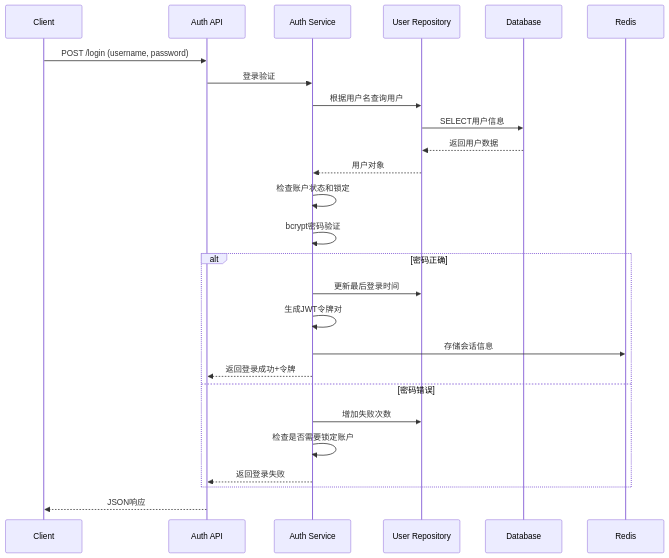
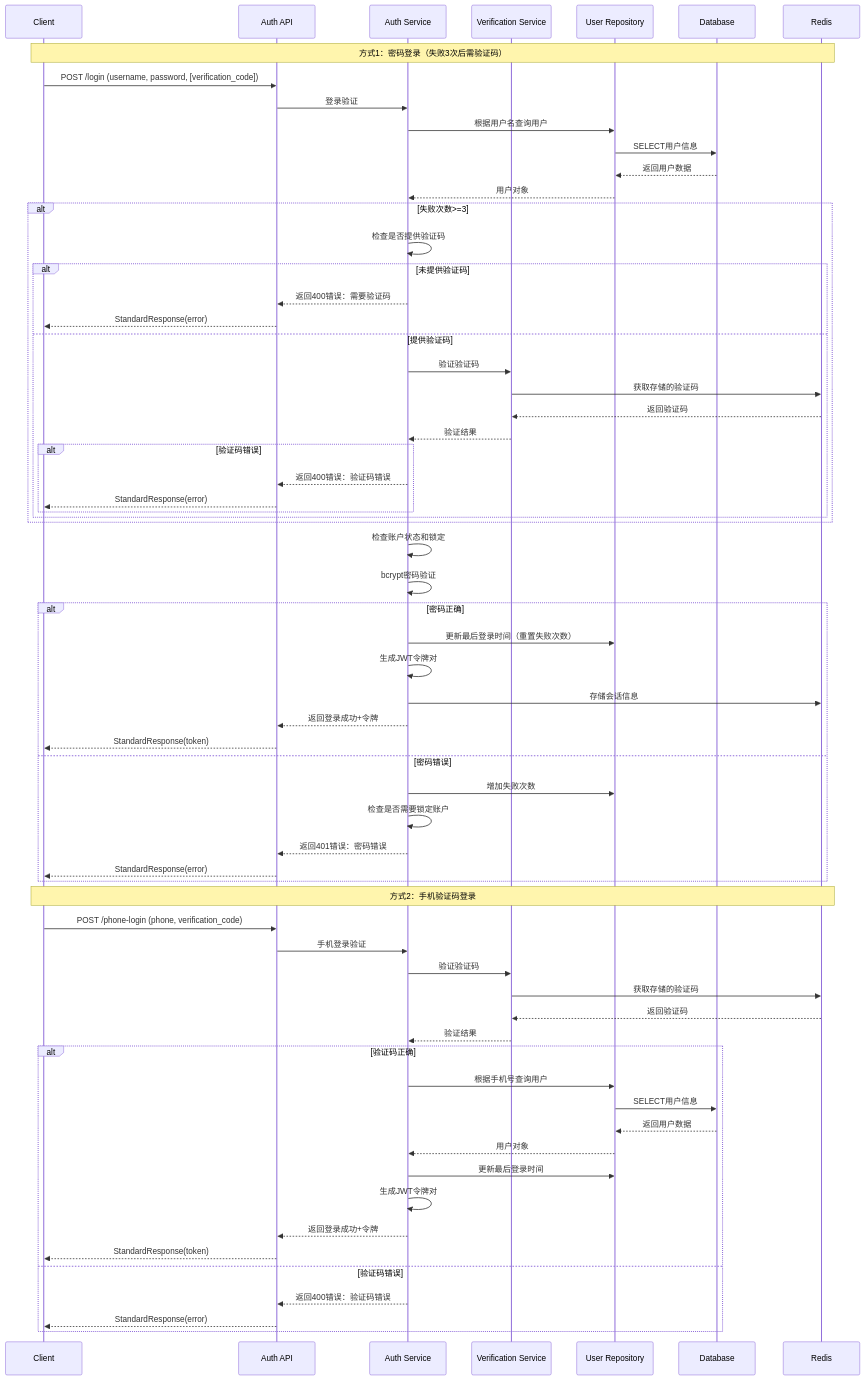
One commit to HaoranTong/ecommerce_platform changed the third of 5 diagrams in docs/design/modules/user-auth/design.md. Above: the diagram before and after it, drawn with Mermaid. The commit also changed other lines of this file and 13 other files, not shown here.

````diff
--- a/docs/design/modules/user-auth/design.md
+++ b/docs/design/modules/user-auth/design.md
@@ -289,29 +547,71 @@
 ```mermaid
 sequenceDiagram
     participant C as Client
     participant A as Auth API
     participant S as Auth Service
+    participant V as Verification Service
     participant R as User Repository
     participant D as Database
     participant Cache as Redis
     
-    C->>A: POST /login (username, password)
+    Note over C,Cache: 方式1：密码登录（失败3次后需验证码）
+    C->>A: POST /login (username, password, [verification_code])
     A->>S: 登录验证
     S->>R: 根据用户名查询用户
     R->>D: SELECT用户信息
     D-->>R: 返回用户数据
     R-->>S: 用户对象
+    
+    alt 失败次数>=3
+        S->>S: 检查是否提供验证码
+        alt 未提供验证码
+            S-->>A: 返回400错误：需要验证码
+            A-->>C: StandardResponse(error)
+        else 提供验证码
+            S->>V: 验证验证码
+            V->>Cache: 获取存储的验证码
+            Cache-->>V: 返回验证码
+            V-->>S: 验证结果
+            alt 验证码错误
+                S-->>A: 返回400错误：验证码错误
+                A-->>C: StandardResponse(error)
+            end
+        end
+    end
+    
     S->>S: 检查账户状态和锁定
     S->>S: bcrypt密码验证
     alt 密码正确
-        S->>R: 更新最后登录时间
+        S->>R: 更新最后登录时间（重置失败次数）
         S->>S: 生成JWT令牌对
         S->>Cache: 存储会话信息
         S-->>A: 返回登录成功+令牌
+        A-->>C: StandardResponse(token)
     else 密码错误
         S->>R: 增加失败次数
         S->>S: 检查是否需要锁定账户
-        S-->>A: 返回登录失败
+        S-->>A: 返回401错误：密码错误
+        A-->>C: StandardResponse(error)
     end
-    A-->>C: JSON响应
+    
+    Note over C,Cache: 方式2：手机验证码登录
+    C->>A: POST /phone-login (phone, verification_code)
+    A->>S: 手机登录验证
+    S->>V: 验证验证码
+    V->>Cache: 获取存储的验证码
+    Cache-->>V: 返回验证码
+    V-->>S: 验证结果
+    alt 验证码正确
+        S->>R: 根据手机号查询用户
+        R->>D: SELECT用户信息
+        D-->>R: 返回用户数据
+        R-->>S: 用户对象
+        S->>R: 更新最后登录时间
+        S->>S: 生成JWT令牌对
+        S-->>A: 返回登录成功+令牌
+        A-->>C: StandardResponse(token)
+    else 验证码错误
+        S-->>A: 返回400错误：验证码错误
+        A-->>C: StandardResponse(error)
+    end
 ```
````
